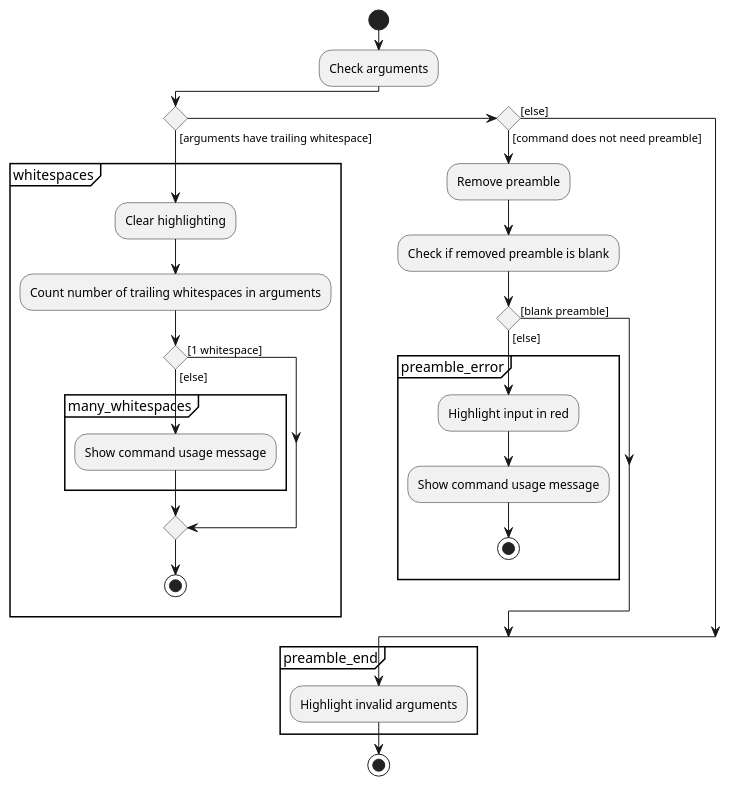
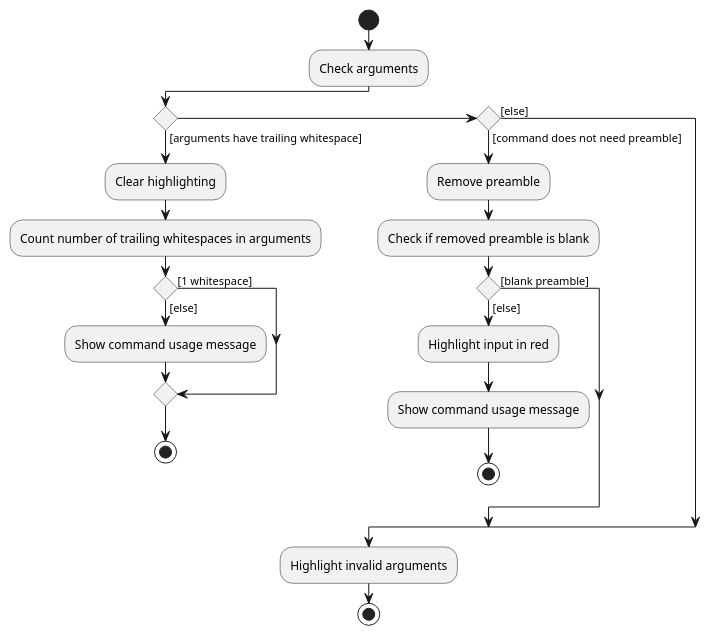
Before and after one commit to nus-cs2103-AY1920S2/addressbook-level3: the second of 3 diagrams in docs/diagrams/SyntaxHighlightingActivityDiagram.puml, drawn with PlantUML. The commit also changed other lines of this file and 8 other files, not shown here.

```diff
--- a/docs/diagrams/SyntaxHighlightingActivityDiagram.puml
+++ b/docs/diagrams/SyntaxHighlightingActivityDiagram.puml
@@ -37,36 +35,29 @@
 @startuml
 start
 :Check arguments;
 
 if () then ([arguments have trailing whitespace])
-partition whitespaces {
     :Clear highlighting;
     :Count number of trailing whitespaces in arguments;
     if () then ([1 whitespace])
     else ([else])
-    partition many_whitespaces {
         :Show command usage message;
-    }
     endif
     stop
-}
+
 else if () then ([command does not need preamble])
     :Remove preamble;
 
     :Check if removed preamble is blank;
 
     if () then ([blank preamble])
     else ([else])
-    partition preamble_error {
         :Highlight input in red;
         :Show command usage message;
         stop
-    }
     endif
 else ([else])
 endif
-partition preamble_end {
 :Highlight invalid arguments;
-}
 stop
 @enduml
```
